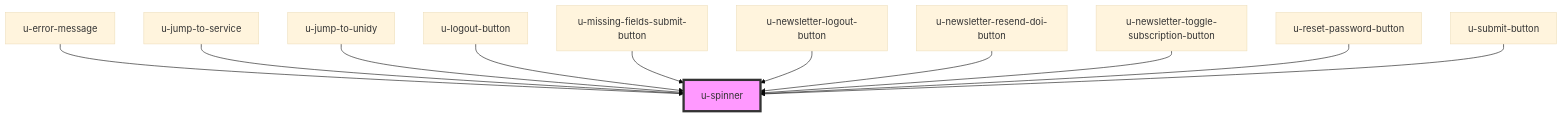
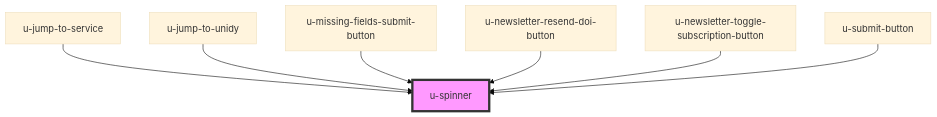
The diagram in packages/sdk/src/shared/components/spinner/readme.md (UnidyID/unidy-sdk), drawn with Mermaid (base theme) before and after one commit. The commit also changed other lines of this file and 26 other files, not shown here.

````diff
--- a/packages/sdk/src/shared/components/spinner/readme.md
+++ b/packages/sdk/src/shared/components/spinner/readme.md
@@ -111,14 +107,10 @@
 ```mermaid
 graph TD;
-  u-error-message --> u-spinner
   u-jump-to-service --> u-spinner
   u-jump-to-unidy --> u-spinner
-  u-logout-button --> u-spinner
   u-missing-fields-submit-button --> u-spinner
-  u-newsletter-logout-button --> u-spinner
   u-newsletter-resend-doi-button --> u-spinner
   u-newsletter-toggle-subscription-button --> u-spinner
-  u-reset-password-button --> u-spinner
   u-submit-button --> u-spinner
   style u-spinner fill:#f9f,stroke:#333,stroke-width:4px
 ```
````
